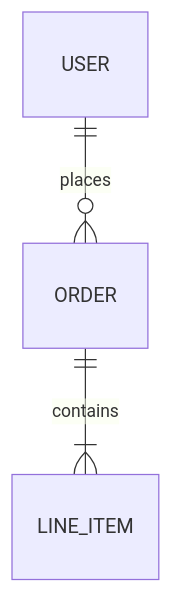
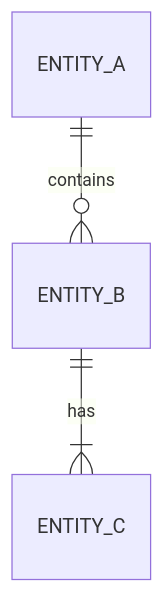
The second of 2 diagrams in docs/templates/teardown-template.md (Lost-Hex/losthex-playbook), drawn with Mermaid before and after one commit. The commit also changed other lines of this file and 1 other file, not shown here.

````diff
--- a/docs/templates/teardown-template.md
+++ b/docs/templates/teardown-template.md
@@ -68,5 +156,5 @@
 ```mermaid
 erDiagram
-    USER ||--o{ ORDER : places
-    ORDER ||--|{ LINE_ITEM : contains
+    ENTITY_A ||--o{ ENTITY_B : contains
+    ENTITY_B ||--|{ ENTITY_C : has
 ```
````
